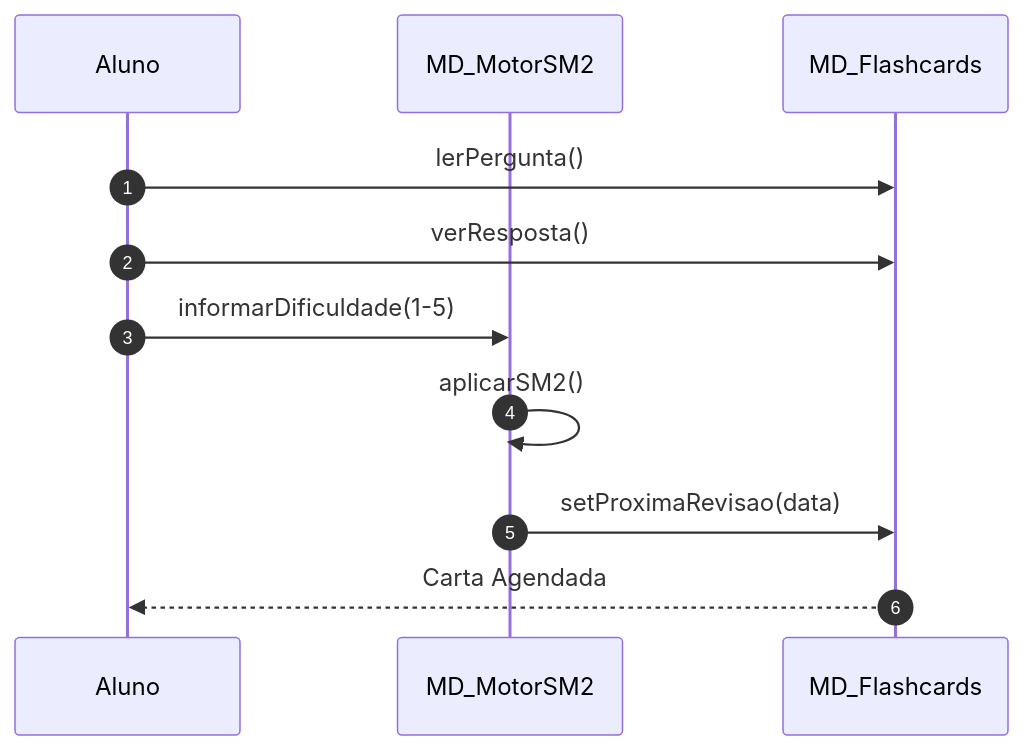
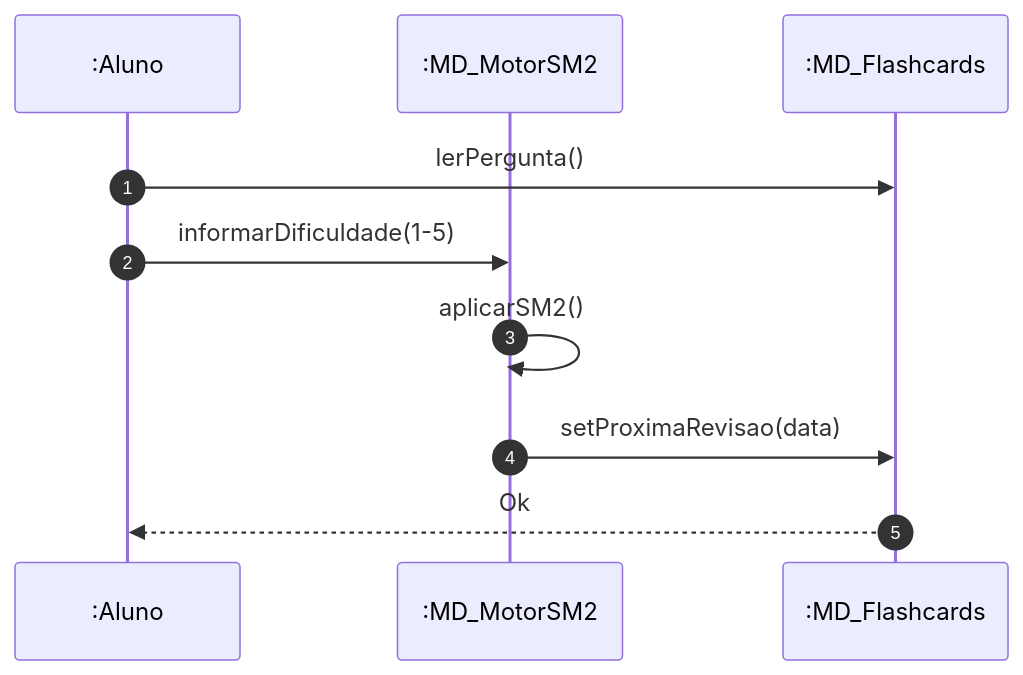
One commit to MayconDIS/PIM_III-Documentacao_UML changed the second of 2 diagrams in PIM_III/02_Modelagem_UML_Astah/UC09_Estudar_Flashcards/README.md. Above: the diagram before and after it, drawn with Mermaid. The commit also changed other lines of this file and 17 other files, not shown here.

````diff
--- a/PIM_III/02_Modelagem_UML_Astah/UC09_Estudar_Flashcards/README.md
+++ b/PIM_III/02_Modelagem_UML_Astah/UC09_Estudar_Flashcards/README.md
@@ -44,13 +43,12 @@
 ```mermaid
 sequenceDiagram
     autonumber
-    participant A as Aluno
-    participant M as MD_MotorSM2
-    participant F as MD_Flashcards
+    participant A as :Aluno
+    participant M as :MD_MotorSM2
+    participant F as :MD_Flashcards
     A->>F: lerPergunta()
-    A->>F: verResposta()
     A->>M: informarDificuldade(1-5)
     M->>M: aplicarSM2()
     M->>F: setProximaRevisao(data)
-    F-->>A: Carta Agendada
+    F-->>A: Ok
 ```
````
